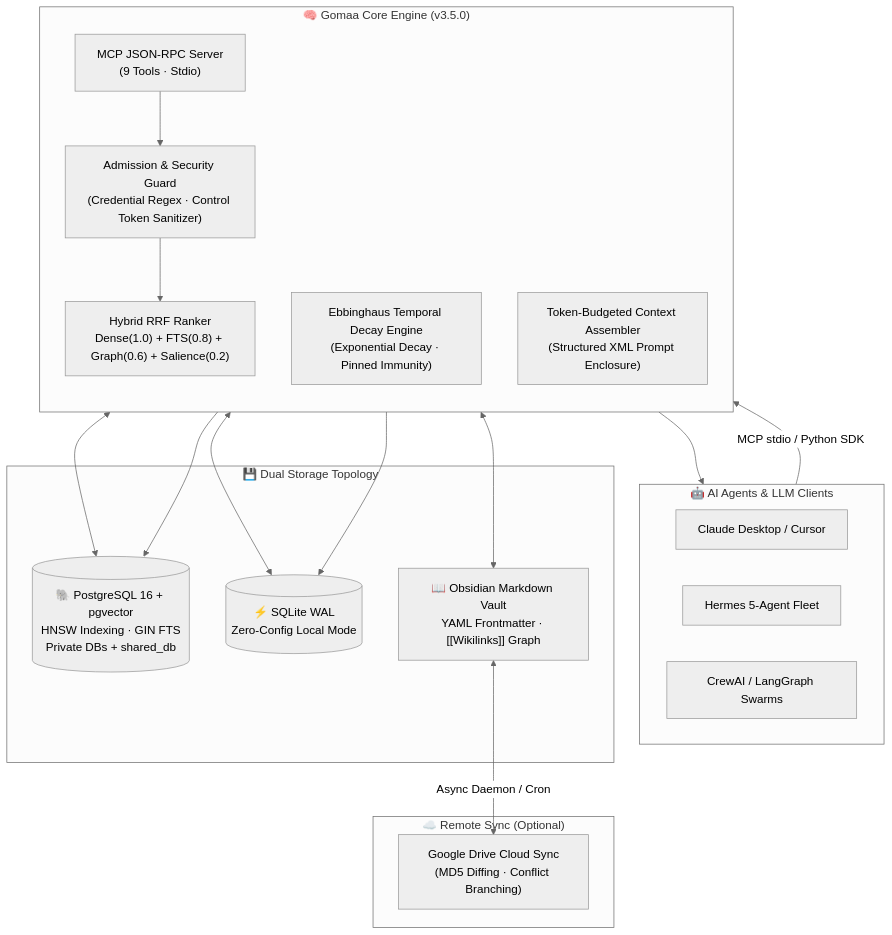
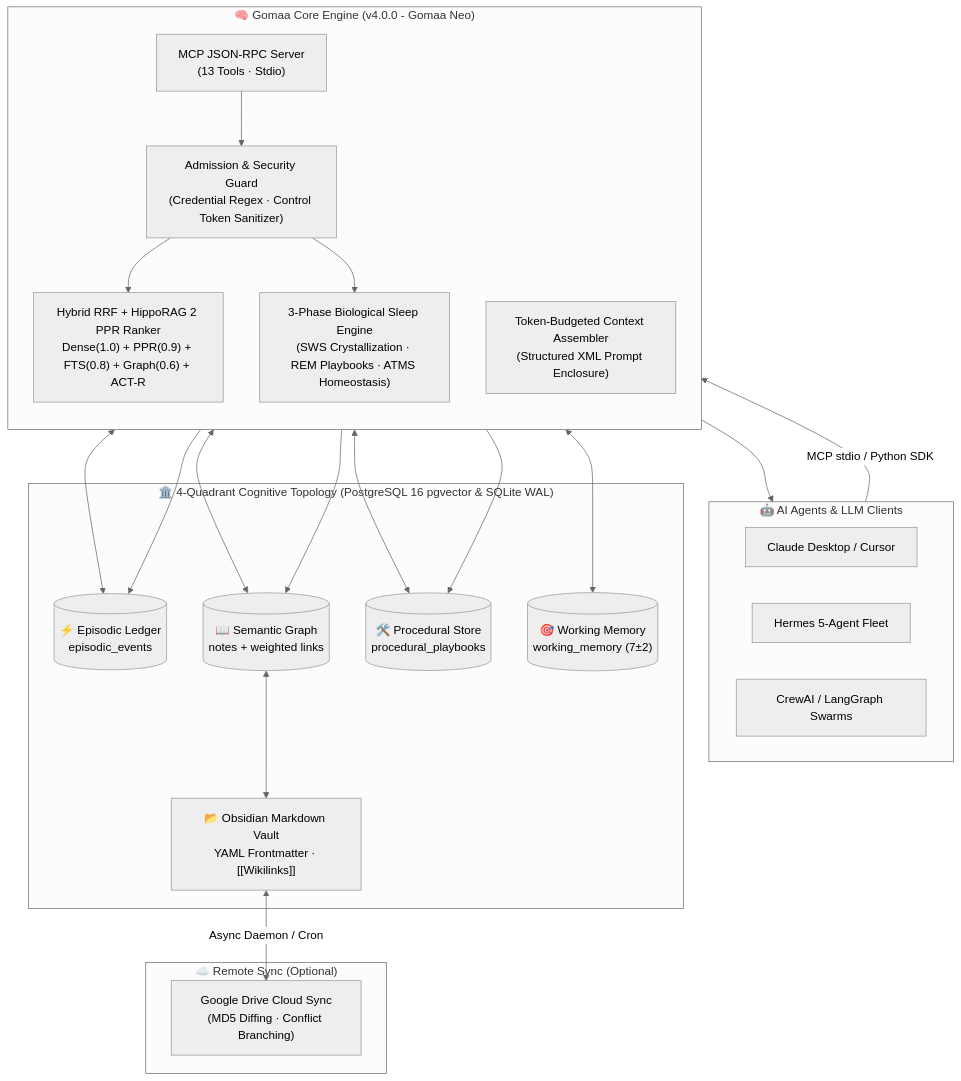
The diagram in data/readmes/M4F-S__gomaa.md (zqf20096327/dbhub_collect), drawn with Mermaid (neutral theme) before and after one commit. The commit also changed other lines of this file and 443 other files, not shown here.

````diff
--- a/data/readmes/M4F-S__gomaa.md
+++ b/data/readmes/M4F-S__gomaa.md
@@ -184,38 +191,44 @@
 ```mermaid
 flowchart TD
     subgraph Clients["🤖 AI Agents & LLM Clients"]
         Claude["Claude Desktop / Cursor"]
         Hermes["Hermes 5-Agent Fleet"]
         Swarm["CrewAI / LangGraph Swarms"]
     end
 
-    subgraph Core["🧠 Gomaa Core Engine (v3.5.0)"]
+    subgraph Core["🧠 Gomaa Core Engine (v4.0.0 - Gomaa Neo)"]
         direction TB
-        MCP["MCP JSON-RPC Server\n(9 Tools · Stdio)"]
+        MCP["MCP JSON-RPC Server\n(13 Tools · Stdio)"]
         Security["Admission & Security Guard\n(Credential Regex · Control Token Sanitizer)"]
-        RRF["Hybrid RRF Ranker\nDense(1.0) + FTS(0.8) + Graph(0.6) + Salience(0.2)"]
-        Decay["Ebbinghaus Temporal Decay Engine\n(Exponential Decay · Pinned Immunity)"]
+        RRF["Hybrid RRF + HippoRAG 2 PPR Ranker\nDense(1.0) + PPR(0.9) + FTS(0.8) + Graph(0.6) + ACT-R"]
+        Sleep["3-Phase Biological Sleep Engine\n(SWS Crystallization · REM Playbooks · ATMS Homeostasis)"]
         Assembler["Token-Budgeted Context Assembler\n(Structured XML Prompt Enclosure)"]
     end
 
-    subgraph Storage["💾 Dual Storage Topology"]
-        Postgres[("🐘 PostgreSQL 16 + pgvector\nHNSW Indexing · GIN FTS\nPrivate DBs + shared_db")]
-        SQLite[("⚡ SQLite WAL\nZero-Config Local Mode")]
-        Vault["📖 Obsidian Markdown Vault\nYAML Frontmatter · [[Wikilinks]] Graph"]
+    subgraph Quadrants["🏛️ 4-Quadrant Cognitive Topology (PostgreSQL 16 pgvector & SQLite WAL)"]
+        Episodic[("⚡ Episodic Ledger\nepisodic_events")]
+        Semantic[("📖 Semantic Graph\nnotes + weighted links")]
+        Procedural[("🛠️ Procedural Store\nprocedural_playbooks")]
+        Working[("🎯 Working Memory\nworking_memory (7±2)")]
+        Vault["📂 Obsidian Markdown Vault\nYAML Frontmatter · [[Wikilinks]]"]
     end
 
     subgraph Cloud["☁️ Remote Sync (Optional)"]
         GDrive["Google Drive Cloud Sync\n(MD5 Diffing · Conflict Branching)"]
     end
 
     Clients -->|MCP stdio / Python SDK| MCP
     MCP --> Security
     Security --> RRF
-    RRF <--> Postgres
-    RRF <--> SQLite
-    RRF <--> Vault
-    Decay --> Postgres
-    Decay --> SQLite
+    Security --> Sleep
+    RRF <--> Episodic
+    RRF <--> Semantic
+    RRF <--> Procedural
+    RRF <--> Working
+    Semantic <--> Vault
+    Sleep --> Episodic
+    Sleep --> Semantic
+    Sleep --> Procedural
     Assembler --> Clients
     Vault <-->|Async Daemon / Cron| GDrive
 ```
````
